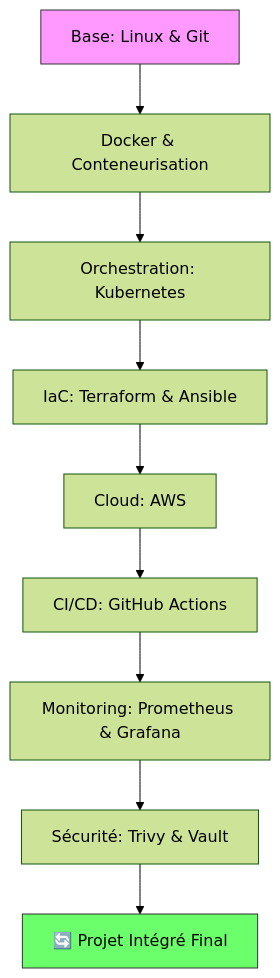
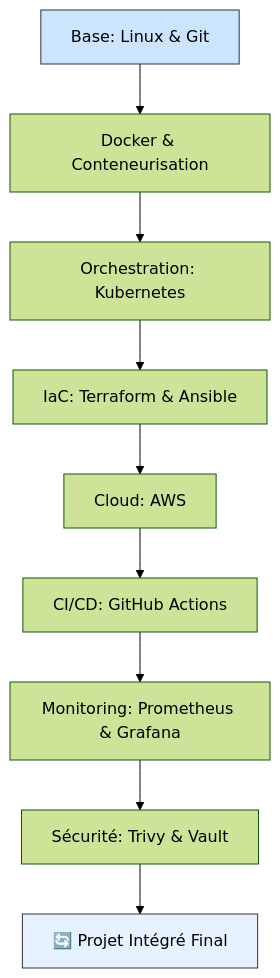
One commit to Moreldev237/Mon_parcours_devops changed the diagram in readme.md. Above: the diagram before and after it, drawn with Mermaid (forest theme). The commit also changed other lines of this file, not shown here.

````diff
--- a/readme.md
+++ b/readme.md
@@ -25,14 +25,14 @@
 ```mermaid
 graph TB
     A[Base: Linux & Git] --> B[Docker & Conteneurisation]
     B --> C[Orchestration: Kubernetes]
     C --> D[IaC: Terraform & Ansible]
     D --> E[Cloud: AWS]
     E --> F[CI/CD: GitHub Actions]
     F --> G[Monitoring: Prometheus & Grafana]
     G --> H[Sécurité: Trivy & Vault]
     H --> I[🔄 Projet Intégré Final]
     
-    style A fill:#f9f,stroke:#333
-    style I fill:#6bff6b,stroke:#333
+    style A fill:#cce5ff,stroke:#333
+    style I fill:#e6f2ff,stroke:#333
 ```
````
